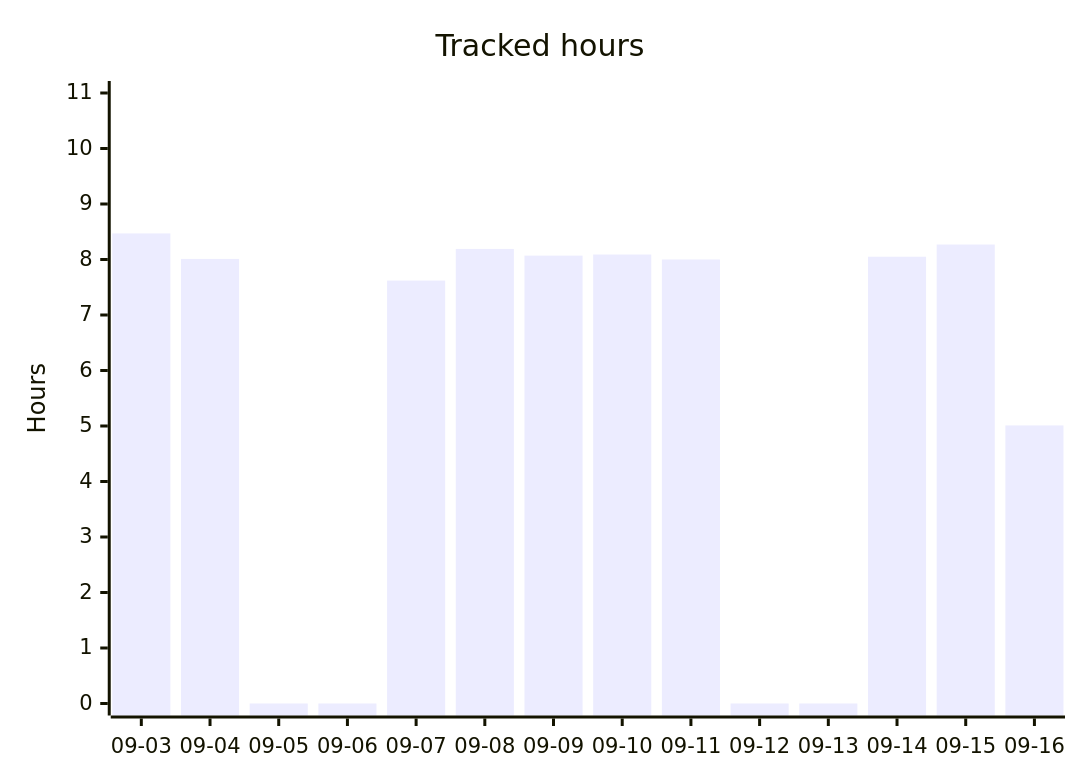
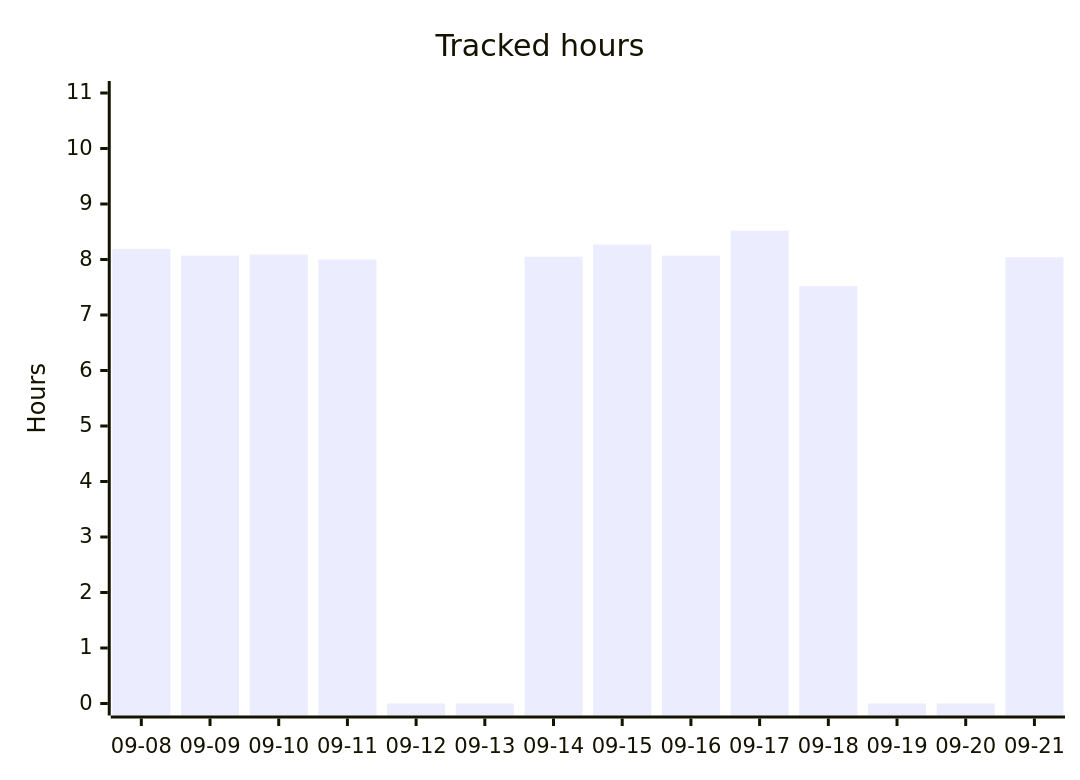
One commit to albinforsberg-netizen/timeclock changed the second of 5 diagrams in README.org. Above: the diagram before and after it, drawn with Mermaid. The commit also changed other lines of this file, not shown here.

```diff
--- a/README.org
+++ b/README.org
@@ -97,7 +97,7 @@
 #+begin_src mermaid
 xychart-beta
     title "Tracked hours"
-    x-axis ["09-03", "09-04", "09-05", "09-06", "09-07", "09-08", "09-09", "09-10", "09-11", "09-12", "09-13", "09-14", "09-15", "09-16"]
+    x-axis ["09-08", "09-09", "09-10", "09-11", "09-12", "09-13", "09-14", "09-15", "09-16", "09-17", "09-18", "09-19", "09-20", "09-21"]
     y-axis "Hours" 0 --> 11
-    bar [8.47, 8.01, 0.00, 0.00, 7.62, 8.19, 8.07, 8.09, 8.00, 0.00, 0.00, 8.05, 8.27, 5.01]
+    bar [8.19, 8.07, 8.09, 8.00, 0.00, 0.00, 8.05, 8.27, 8.07, 8.52, 7.52, 0.00, 0.00, 8.04]
 #+end_src
```
